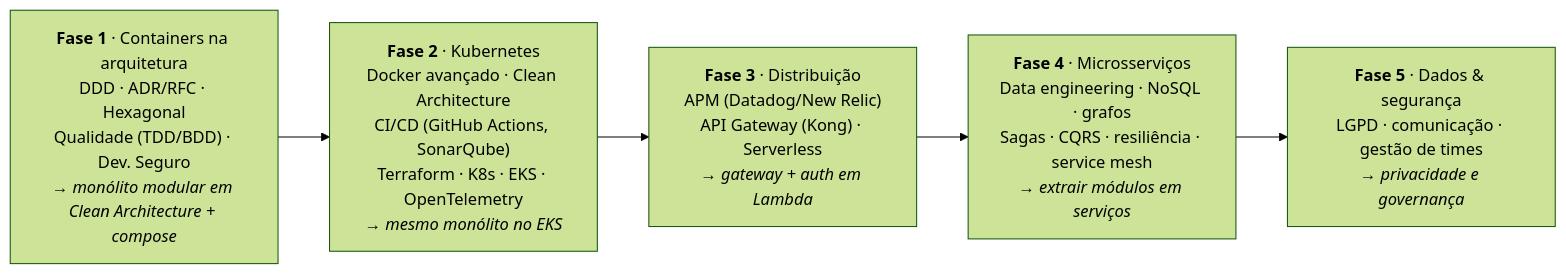
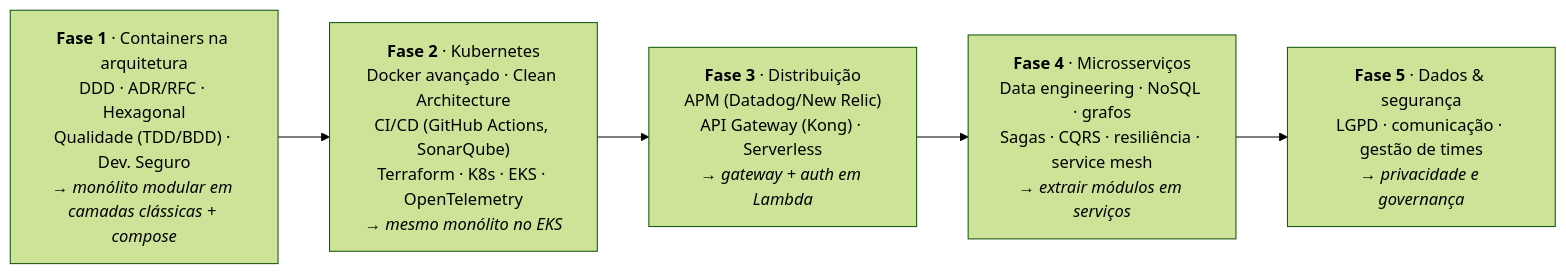
Before and after one commit to HermandoThiago/FIAP-SOAT: the first of 2 diagrams in docs/04-arquitetura/evolucao-fases.md, drawn with Mermaid (forest theme). The commit also changed other lines of this file and 57 other files, not shown here.

````diff
--- a/docs/04-arquitetura/evolucao-fases.md
+++ b/docs/04-arquitetura/evolucao-fases.md
@@ -9,9 +9,9 @@
 ```mermaid
 flowchart LR
-    F1["<b>Fase 1</b> · Containers na arquitetura<br/>DDD · ADR/RFC · Hexagonal<br/>Qualidade (TDD/BDD) · Dev. Seguro<br/><i>→ monólito modular em Clean Architecture + compose</i>"]
+    F1["<b>Fase 1</b> · Containers na arquitetura<br/>DDD · ADR/RFC · Hexagonal<br/>Qualidade (TDD/BDD) · Dev. Seguro<br/><i>→ monólito modular em camadas clássicas + compose</i>"]
     F2["<b>Fase 2</b> · Kubernetes<br/>Docker avançado · Clean Architecture<br/>CI/CD (GitHub Actions, SonarQube)<br/>Terraform · K8s · EKS · OpenTelemetry<br/><i>→ mesmo monólito no EKS</i>"]
     F3["<b>Fase 3</b> · Distribuição<br/>APM (Datadog/New Relic)<br/>API Gateway (Kong) · Serverless<br/><i>→ gateway + auth em Lambda</i>"]
     F4["<b>Fase 4</b> · Microsserviços<br/>Data engineering · NoSQL · grafos<br/>Sagas · CQRS · resiliência · service mesh<br/><i>→ extrair módulos em serviços</i>"]
     F5["<b>Fase 5</b> · Dados & segurança<br/>LGPD · comunicação · gestão de times<br/><i>→ privacidade e governança</i>"]
     F1 --> F2 --> F3 --> F4 --> F5
 ```
````
